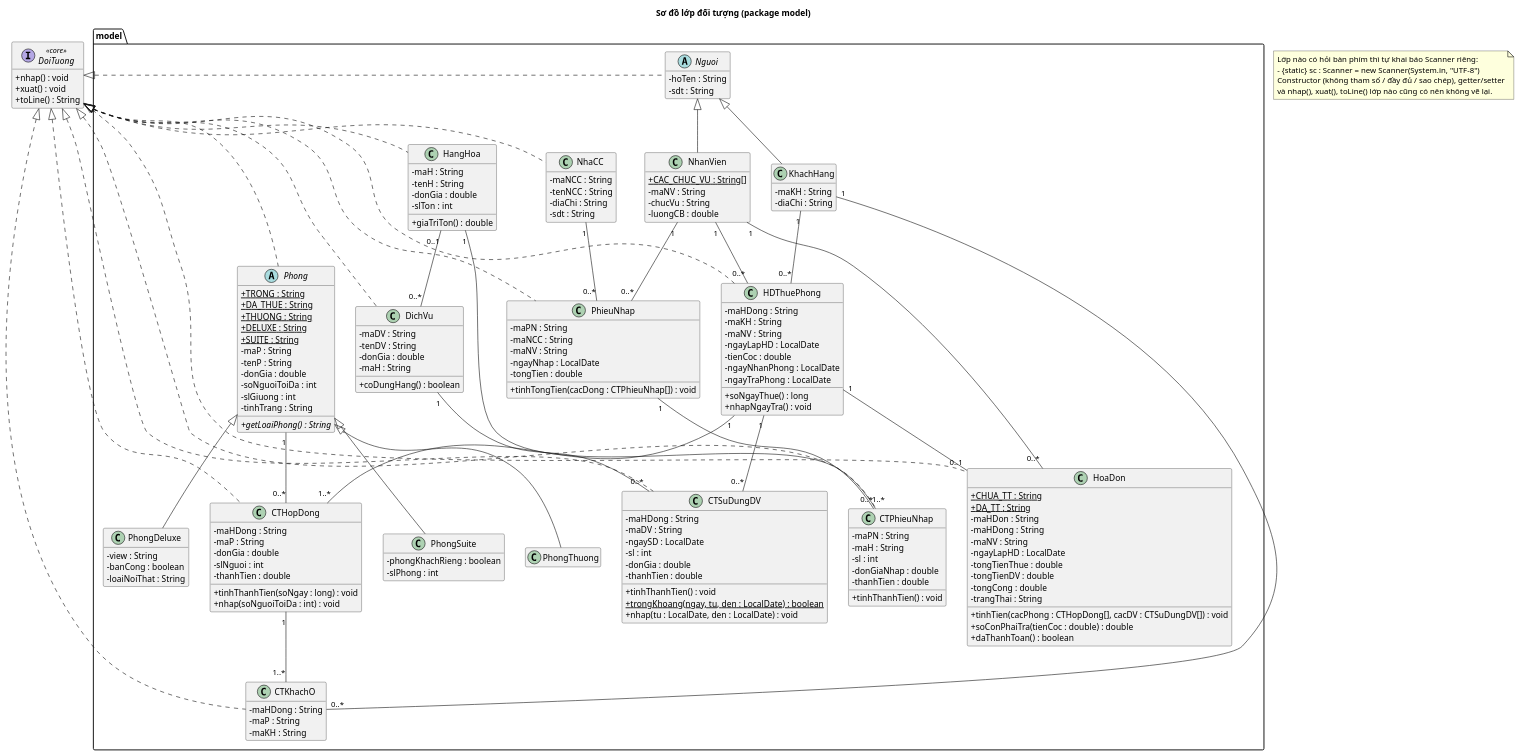
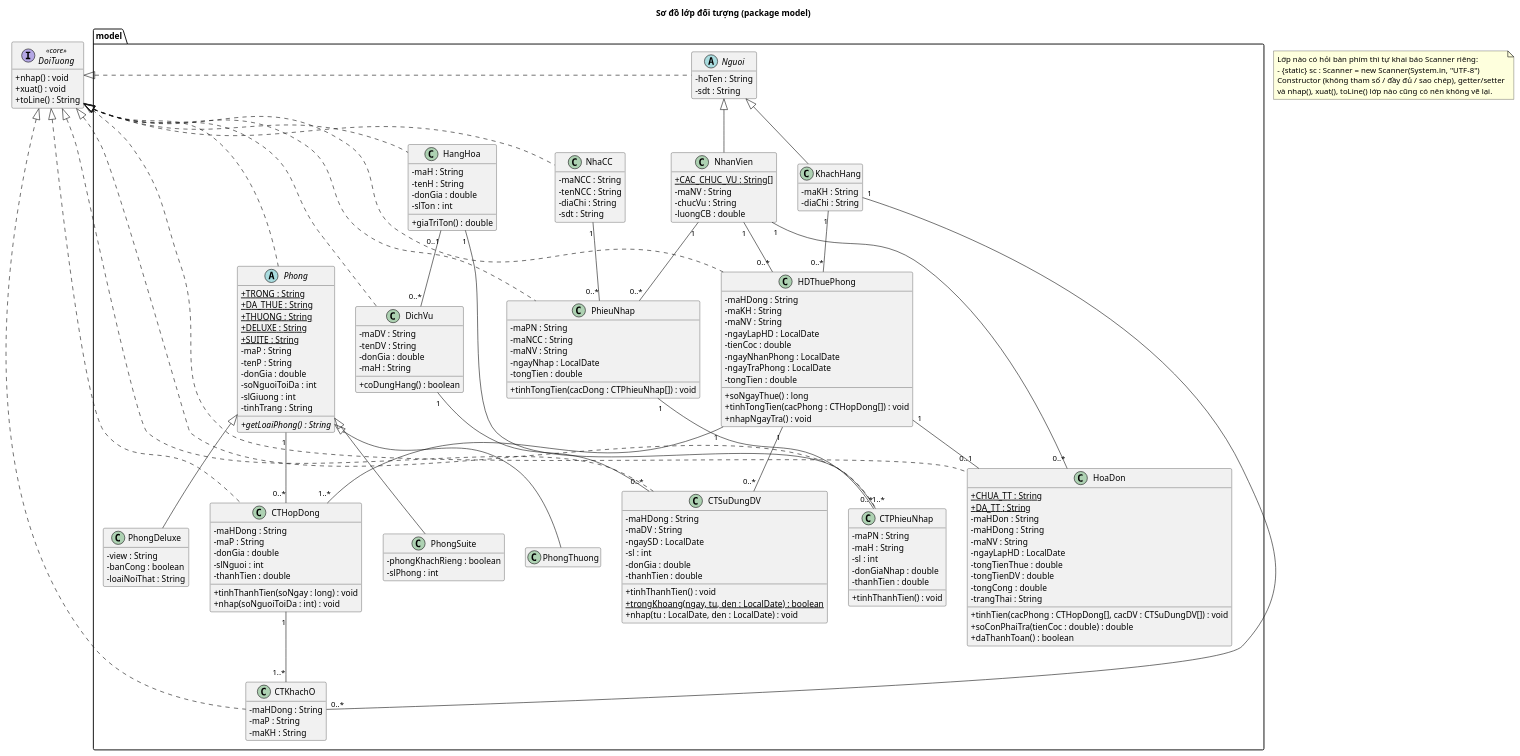
One commit to MinhTrietNg/Project-OOP changed the first of 2 diagrams in docs/SO_DO_LOP.puml. Above: the diagram before and after it, drawn with PlantUML. The commit also changed 3 other files, not shown here.

```diff
--- a/docs/SO_DO_LOP.puml
+++ b/docs/SO_DO_LOP.puml
@@ -7,195 +7,197 @@
 @startuml LopDoiTuong
 title Sơ đồ lớp đối tượng (package model)
 
 skinparam classAttributeIconSize 0
 hide empty members
 
 interface DoiTuong <<core>> {
   + nhap() : void
   + xuat() : void
   + toLine() : String
 }
 
 package model {
 
   ' ===== Người =====
   abstract class Nguoi {
     - hoTen : String
     - sdt : String
   }
   class KhachHang {
     - maKH : String
     - diaChi : String
   }
   class NhanVien {
     + {static} CAC_CHUC_VU : String[]
     - maNV : String
     - chucVu : String
     - luongCB : double
   }
 
   ' ===== Phòng =====
   abstract class Phong {
     + {static} TRONG : String
     + {static} DA_THUE : String
     + {static} THUONG : String
     + {static} DELUXE : String
     + {static} SUITE : String
     - maP : String
     - tenP : String
     - donGia : double
     - soNguoiToiDa : int
     - slGiuong : int
     - tinhTrang : String
     + {abstract} getLoaiPhong() : String
   }
   class PhongThuong
   class PhongDeluxe {
     - view : String
     - banCong : boolean
     - loaiNoiThat : String
   }
   class PhongSuite {
     - phongKhachRieng : boolean
     - slPhong : int
   }
 
   ' ===== Thuê phòng =====
   class HDThuePhong {
     - maHDong : String
     - maKH : String
     - maNV : String
     - ngayLapHD : LocalDate
     - tienCoc : double
     - ngayNhanPhong : LocalDate
     - ngayTraPhong : LocalDate
+    - tongTien : double
     + soNgayThue() : long
+    + tinhTongTien(cacPhong : CTHopDong[]) : void
     + nhapNgayTra() : void
   }
   class CTHopDong {
     - maHDong : String
     - maP : String
     - donGia : double
     - slNguoi : int
     - thanhTien : double
     + tinhThanhTien(soNgay : long) : void
     + nhap(soNguoiToiDa : int) : void
   }
   class CTKhachO {
     - maHDong : String
     - maP : String
     - maKH : String
   }
 
   ' ===== Dịch vụ, thanh toán =====
   class DichVu {
     - maDV : String
     - tenDV : String
     - donGia : double
     - maH : String
     + coDungHang() : boolean
   }
   class CTSuDungDV {
     - maHDong : String
     - maDV : String
     - ngaySD : LocalDate
     - sl : int
     - donGia : double
     - thanhTien : double
     + tinhThanhTien() : void
     + {static} trongKhoang(ngay, tu, den : LocalDate) : boolean
     + nhap(tu : LocalDate, den : LocalDate) : void
   }
   class HoaDon {
     + {static} CHUA_TT : String
     + {static} DA_TT : String
     - maHDon : String
     - maHDong : String
     - maNV : String
     - ngayLapHD : LocalDate
     - tongTienThue : double
     - tongTienDV : double
     - tongCong : double
     - trangThai : String
     + tinhTien(cacPhong : CTHopDong[], cacDV : CTSuDungDV[]) : void
     + soConPhaiTra(tienCoc : double) : double
     + daThanhToan() : boolean
   }
 
   ' ===== Kho =====
   class NhaCC {
     - maNCC : String
     - tenNCC : String
     - diaChi : String
     - sdt : String
   }
   class HangHoa {
     - maH : String
     - tenH : String
     - donGia : double
     - slTon : int
     + giaTriTon() : double
   }
   class PhieuNhap {
     - maPN : String
     - maNCC : String
     - maNV : String
     - ngayNhap : LocalDate
     - tongTien : double
     + tinhTongTien(cacDong : CTPhieuNhap[]) : void
   }
   class CTPhieuNhap {
     - maPN : String
     - maH : String
     - sl : int
     - donGiaNhap : double
     - thanhTien : double
     + tinhThanhTien() : void
   }
 }
 
 ' ----- interface và kế thừa -----
 DoiTuong <|.. Nguoi
 DoiTuong <|.. Phong
 DoiTuong <|.. HDThuePhong
 DoiTuong <|.. CTHopDong
 DoiTuong <|.. CTKhachO
 DoiTuong <|.. DichVu
 DoiTuong <|.. CTSuDungDV
 DoiTuong <|.. HoaDon
 DoiTuong <|.. NhaCC
 DoiTuong <|.. HangHoa
 DoiTuong <|.. PhieuNhap
 DoiTuong <|.. CTPhieuNhap
 
 Nguoi <|-- KhachHang
 Nguoi <|-- NhanVien
 Phong <|-- PhongThuong
 Phong <|-- PhongDeluxe
 Phong <|-- PhongSuite
 
 ' ----- quan hệ qua mã liên kết -----
 KhachHang "1" -- "0..*" HDThuePhong
 NhanVien "1" -- "0..*" HDThuePhong
 HDThuePhong "1" -- "1..*" CTHopDong
 Phong "1" -- "0..*" CTHopDong
 CTHopDong "1" -- "1..*" CTKhachO
 KhachHang "1" -- "0..*" CTKhachO
 HDThuePhong "1" -- "0..*" CTSuDungDV
 DichVu "1" -- "0..*" CTSuDungDV
 HDThuePhong "1" -- "0..1" HoaDon
 NhanVien "1" -- "0..*" HoaDon
 HangHoa "0..1" -- "0..*" DichVu
 NhaCC "1" -- "0..*" PhieuNhap
 NhanVien "1" -- "0..*" PhieuNhap
 PhieuNhap "1" -- "1..*" CTPhieuNhap
 HangHoa "1" -- "0..*" CTPhieuNhap
 
 note as GhiChu
   Lớp nào có hỏi bàn phím thì tự khai báo Scanner riêng:
   - {static} sc : Scanner = new Scanner(System.in, "UTF-8")
   Constructor (không tham số / đầy đủ / sao chép), getter/setter
   và nhap(), xuat(), toLine() lớp nào cũng có nên không vẽ lại.
 end note
 
 @enduml
```
